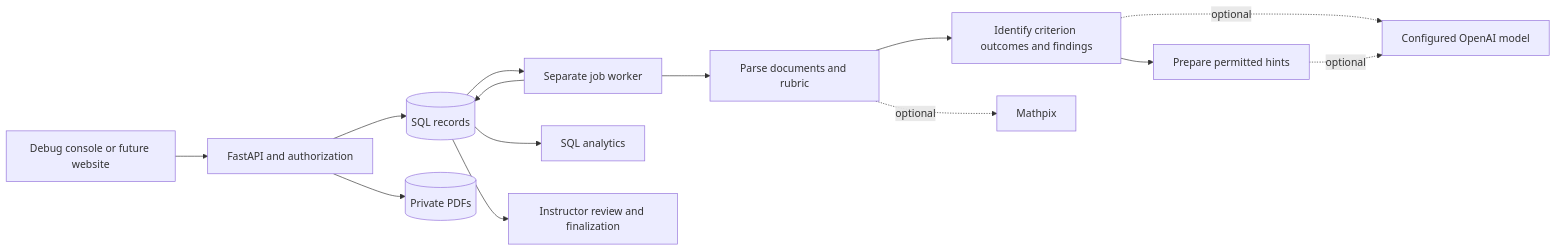
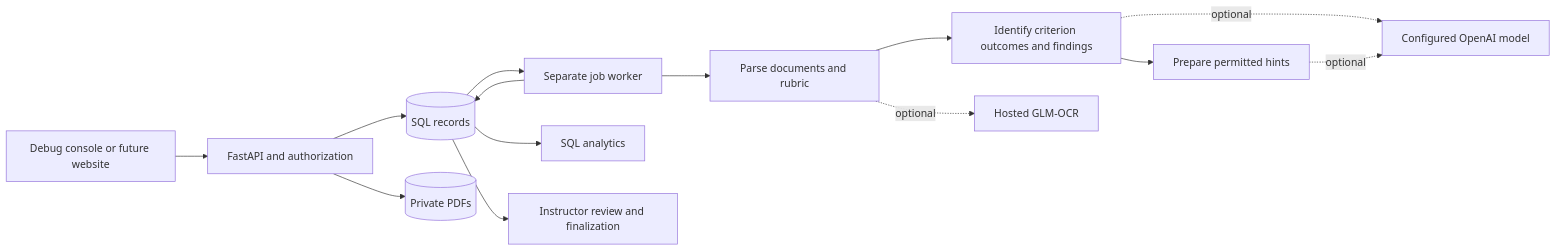
The diagram in PROJECT.md (IvanC0821/HackCMU2026), drawn with Mermaid before and after one commit. The commit also changed other lines of this file and 9 other files, not shown here.

Commit message:
backend: replace Mathpix with hosted GLM-OCR

````diff
--- a/PROJECT.md
+++ b/PROJECT.md
@@ -114,16 +114,16 @@
 ```mermaid
 flowchart LR
     UI[Debug console or future website] --> API[FastAPI and authorization]
     API --> DB[(SQL records)]
     API --> Files[(Private PDFs)]
     DB --> Worker[Separate job worker]
     Worker --> Parse[Parse documents and rubric]
     Parse --> Identify[Identify criterion outcomes and findings]
     Identify --> Respond[Prepare permitted hints]
-    Parse -. optional .-> OCR[Mathpix]
+    Parse -. optional .-> OCR[Hosted GLM-OCR]
     Identify -. optional .-> Model[Configured OpenAI model]
     Respond -. optional .-> Model
     Worker --> DB
     DB --> Reports[SQL analytics]
     DB --> Review[Instructor review and finalization]
 ```
````
